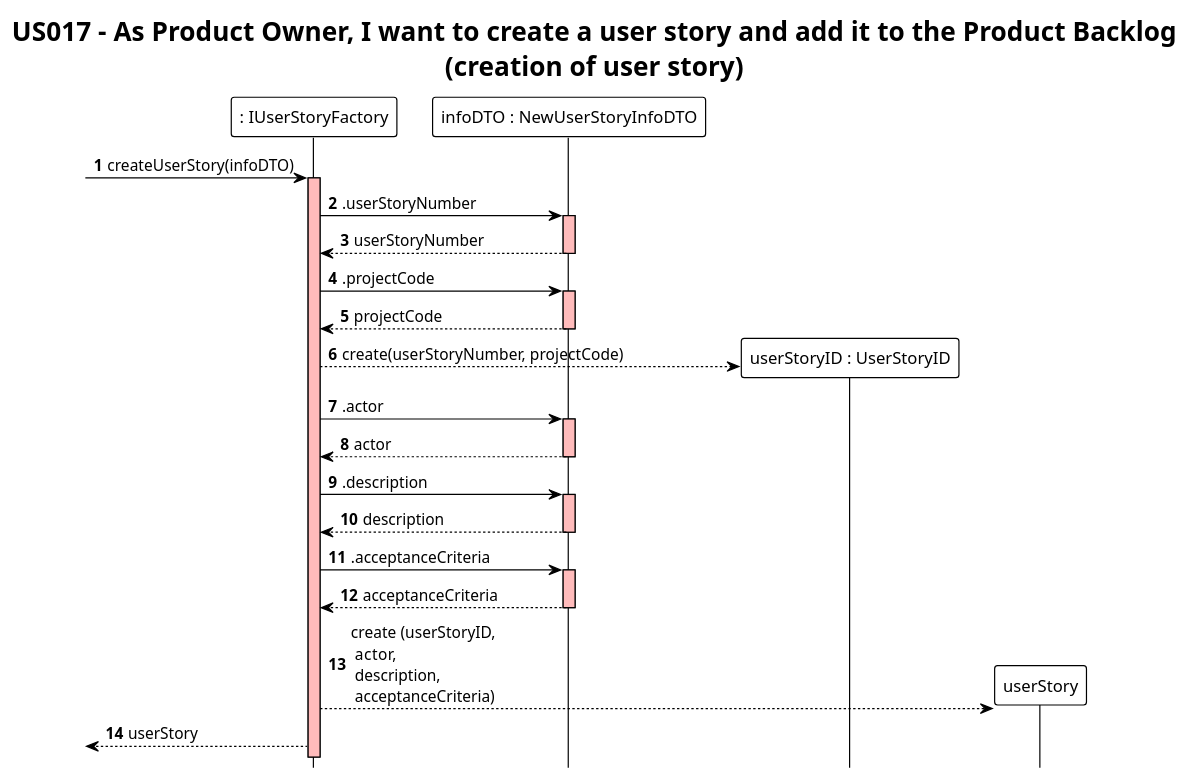
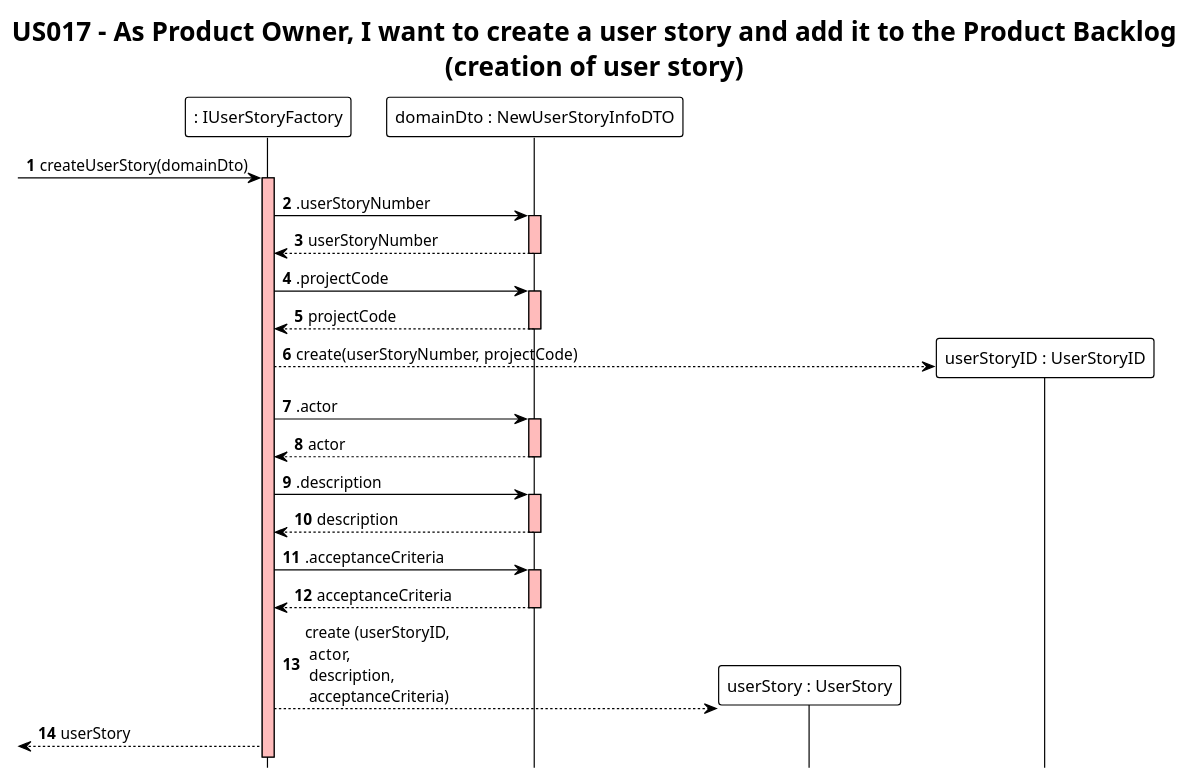
Before and after one commit to ivo-menezes/project_g3: the diagram in docs/modelling_design/user_stories/us017/US017_CreateUserStorySD3.puml, drawn with PlantUML. The commit also changed 5 other files, not shown here.

```diff
--- a/docs/modelling_design/user_stories/us017/US017_CreateUserStorySD3.puml
+++ b/docs/modelling_design/user_stories/us017/US017_CreateUserStorySD3.puml
@@ -1,49 +1,50 @@
 @startuml
 !theme plain
 hide footbox
 autonumber
 
 skinparam sequence{
 LifeLineBackgroundColor #FFBBBB
 }
 
 title US017 - As Product Owner, I want to create a user story and add it to the Product Backlog\n(creation of user story)
 
 participant ": IUserStoryFactory" as factory
-participant "infoDTO : NewUserStoryInfoDTO" as dto
+participant "domainDto : NewUserStoryInfoDTO" as dto
+participant "userStory : UserStory" as userStory
 
--> factory : createUserStory(infoDTO)
+-> factory : createUserStory(domainDto)
 activate factory
 
 factory -> dto : .userStoryNumber
 activate dto
 dto --> factory : userStoryNumber
 deactivate
 
 factory -> dto : .projectCode
 activate dto
 dto --> factory : projectCode
 deactivate
 
 factory --> "userStoryID : UserStoryID" ** : create(userStoryNumber, projectCode)
 
 factory -> dto : .actor
 activate dto
 dto --> factory: actor
 deactivate
 
 factory -> dto : .description
 activate dto
 dto --> factory: description
 deactivate
 
 factory -> dto : .acceptanceCriteria
 activate dto
 dto --> factory: acceptanceCriteria
 deactivate
 
 
 factory --> userStory ** :create (userStoryID,\n actor,\n description, \n acceptanceCriteria)
 
 [<-- factory: userStory
 @enduml
```
